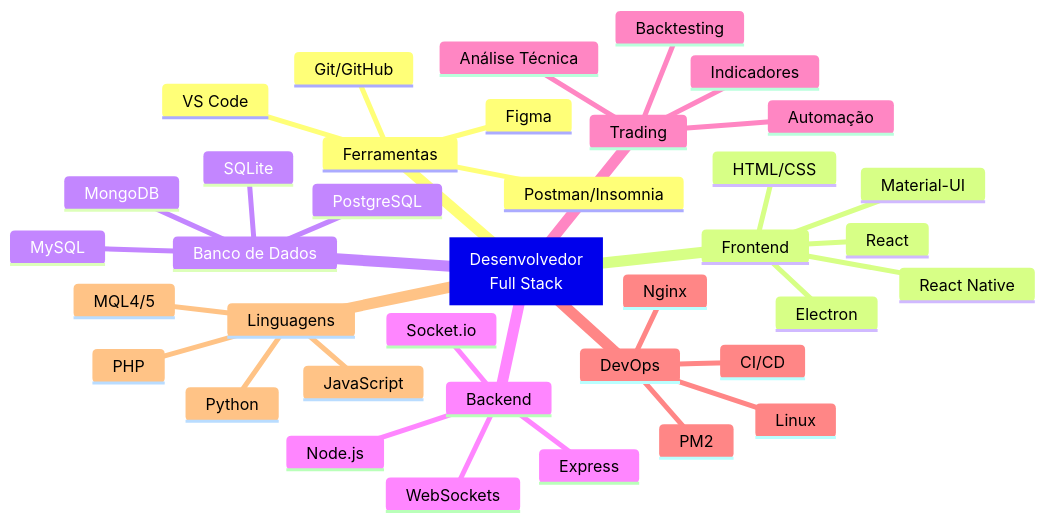
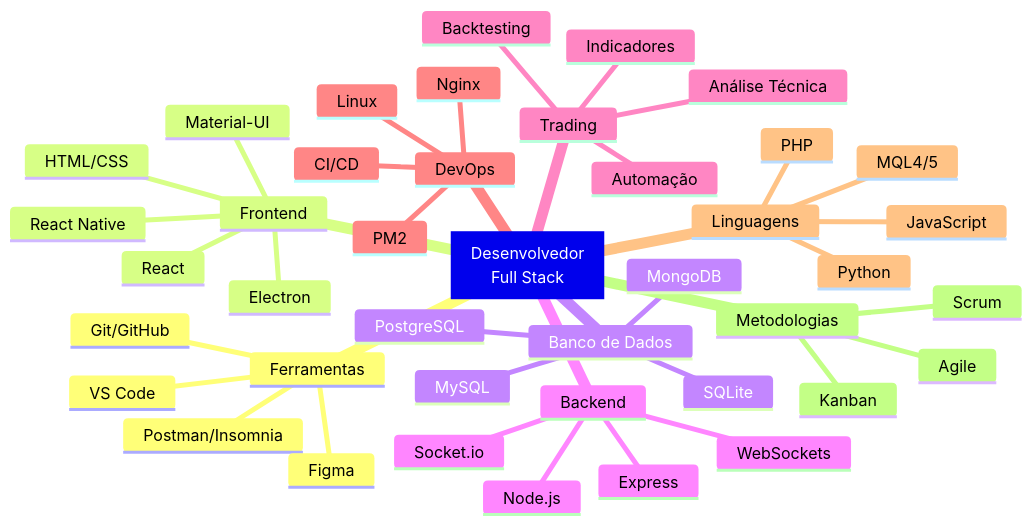
Before and after one commit to AlesonPungirum/AlesonPungirum: the first of 4 diagrams in README.md, drawn with Mermaid.

````diff
--- a/README.md
+++ b/README.md
@@ -38,40 +38,44 @@
 ```mermaid
 mindmap
   root[Desenvolvedor<br>Full Stack]
     Ferramentas
       Git/GitHub
       VS Code
       Postman/Insomnia
       Figma
     Frontend
       React
       HTML/CSS
       Material-UI
       React Native
       Electron
     Banco de Dados
       MongoDB
       MySQL
       PostgreSQL
       SQLite
     Backend
       Node.js
       Socket.io
       Express
       WebSockets
     Trading
       Automação
       Análise Técnica
       Indicadores
       Backtesting
     DevOps
       PM2
       Linux
       Nginx
       CI/CD
     Linguagens
       MQL4/5
       JavaScript
       Python
       PHP
+    Metodologias
+      Agile
+      Scrum
+      Kanban
 ```
````
